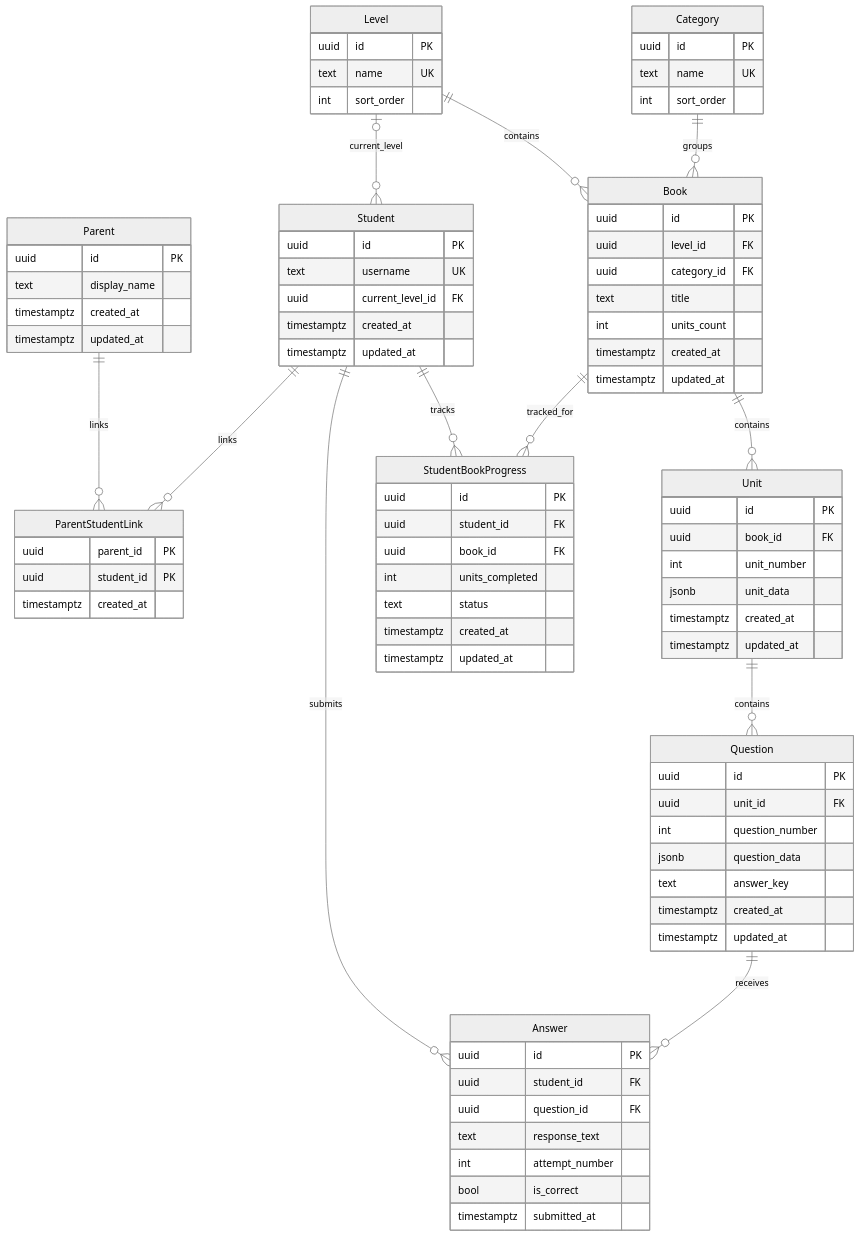
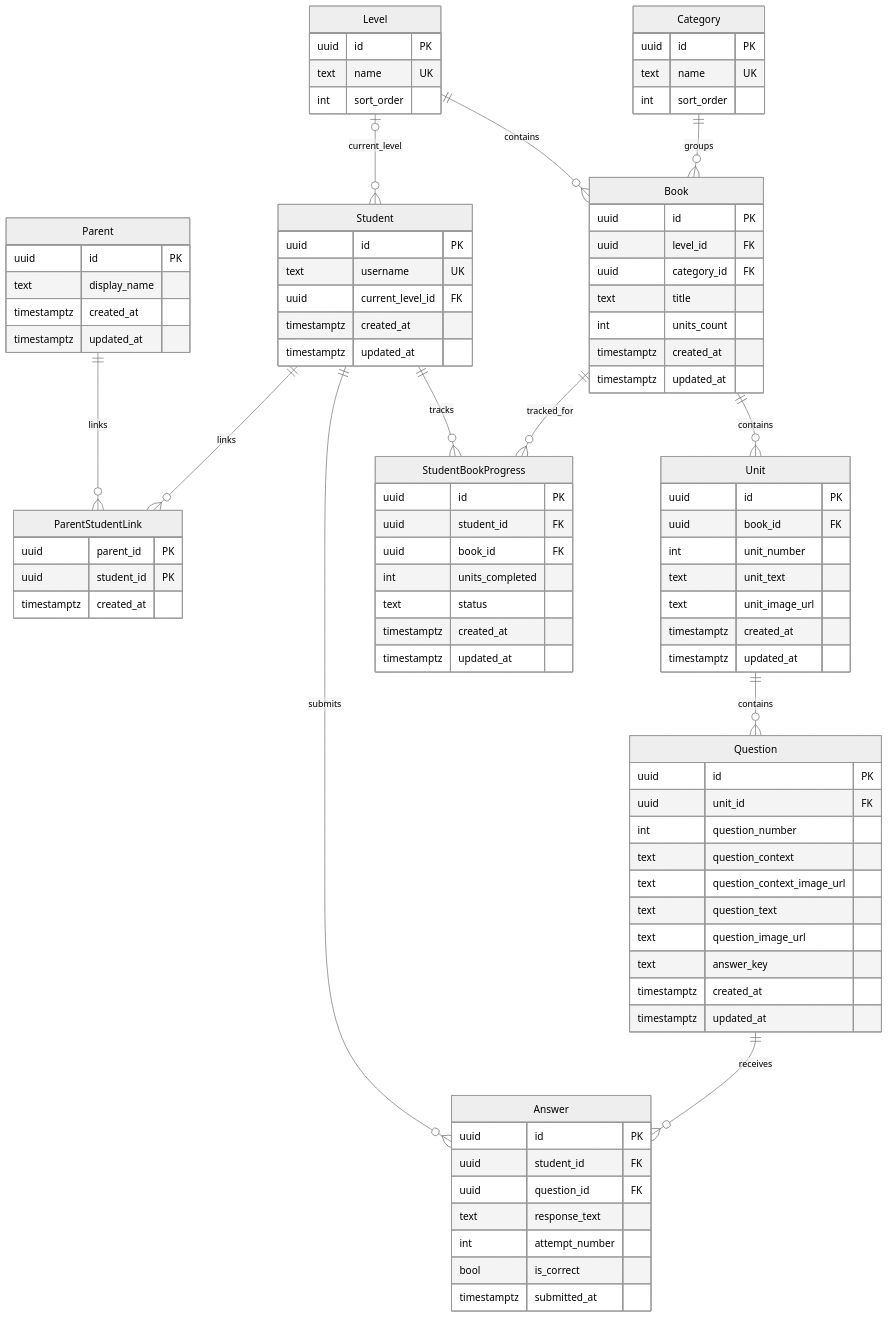
The diagram in docs/erd_diagram.md (forrestberry/sra-backend), drawn with Mermaid (neutral theme) before and after one commit. The commit also changed 3 other files, not shown here.

```diff
--- a/docs/erd_diagram.md
+++ b/docs/erd_diagram.md
@@ -61,7 +61,8 @@
         uuid id PK
         uuid book_id FK
         int unit_number
-        jsonb unit_data
+        text unit_text
+        text unit_image_url
         timestamptz created_at
         timestamptz updated_at
     }
@@ -70,7 +71,10 @@
         uuid id PK
         uuid unit_id FK
         int question_number
-        jsonb question_data
+        text question_context
+        text question_context_image_url
+        text question_text
+        text question_image_url
         text answer_key
         timestamptz created_at
         timestamptz updated_at
```
